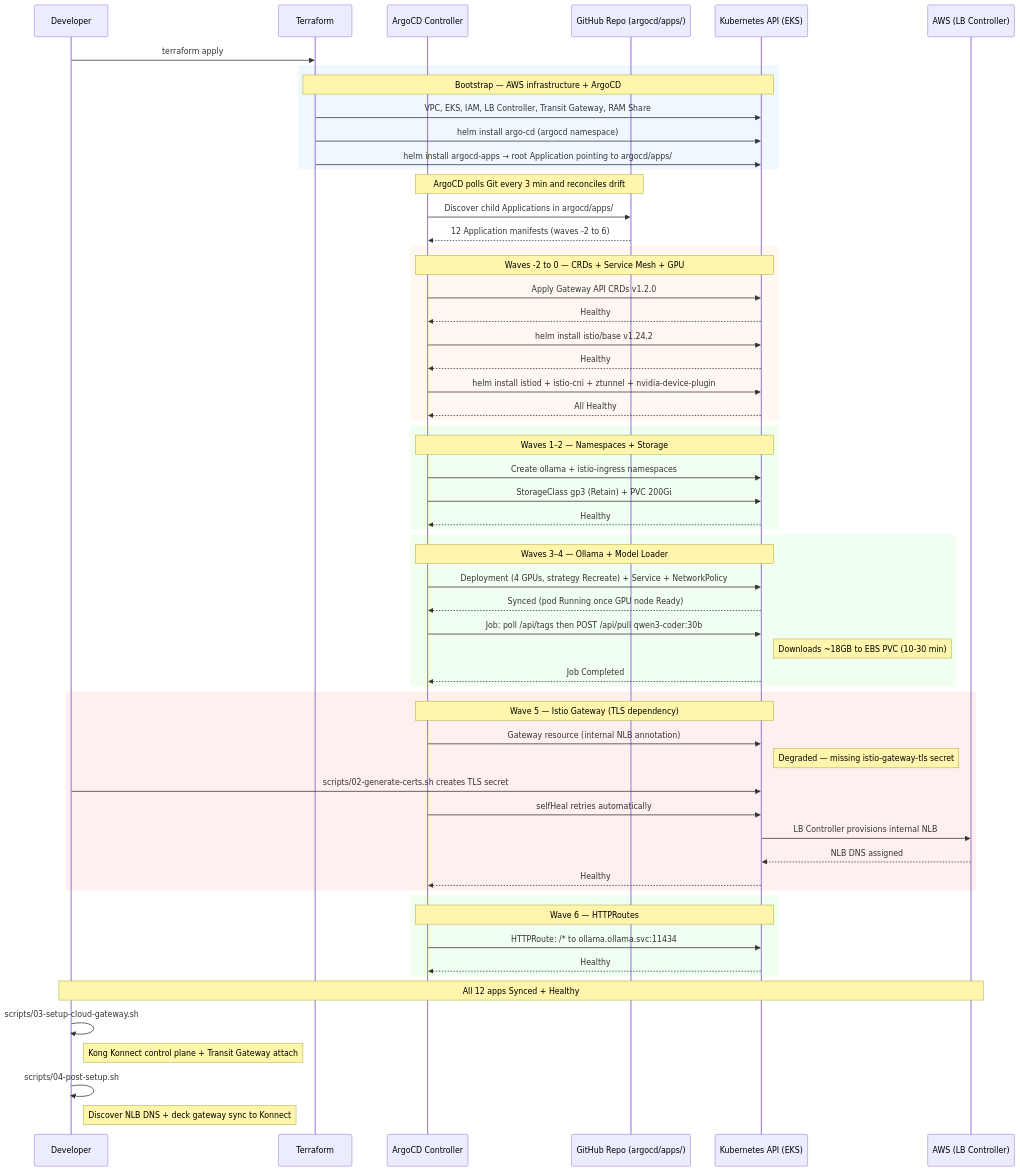
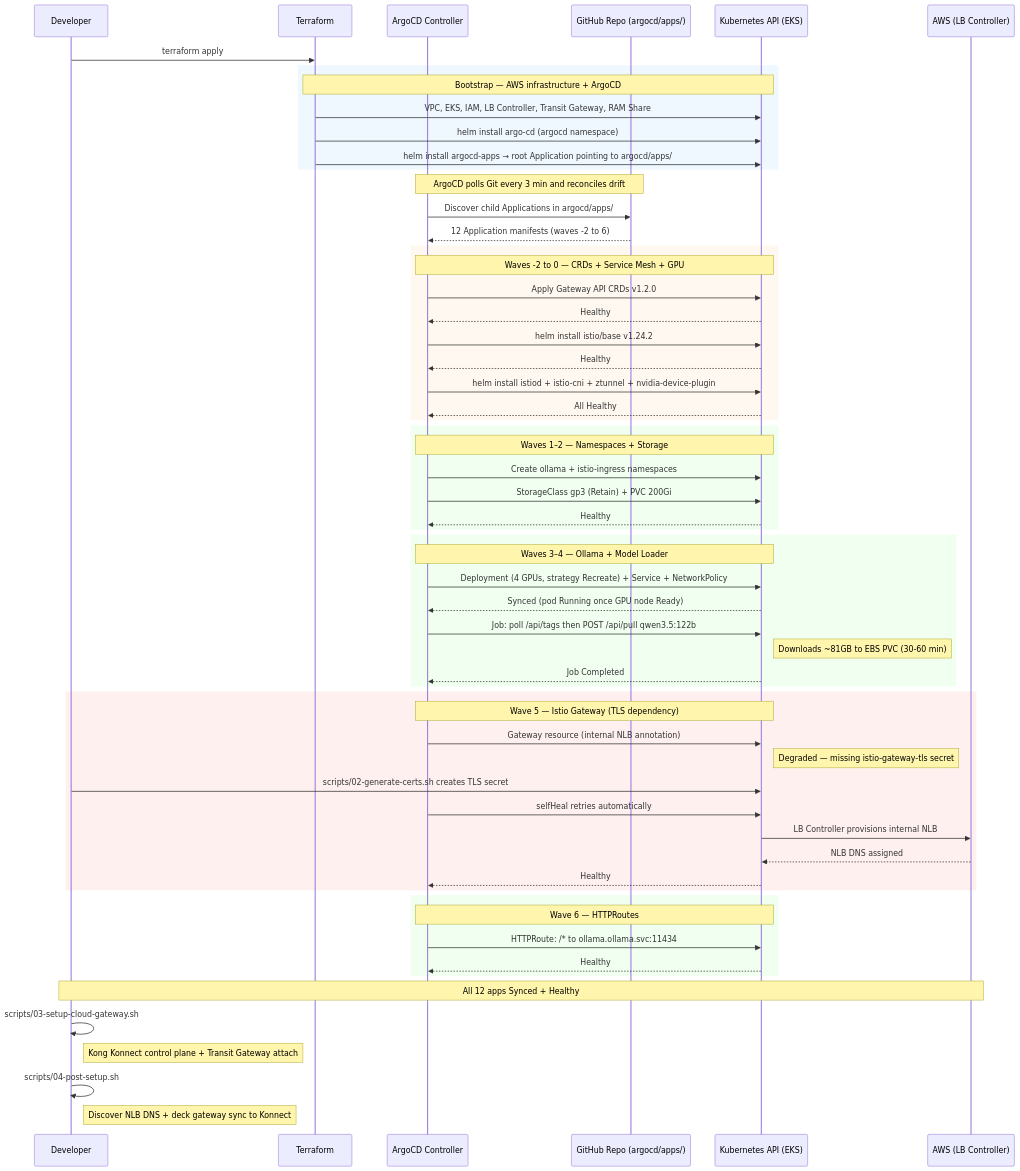
One commit to shanaka-versent/Ollama-on-EKS changed the fourth of 4 diagrams in README.md. Above: the diagram before and after it, drawn with Mermaid. The commit also changed other lines of this file and 14 other files, not shown here.

First line of the commit message:
feat: upgrade model from qwen3-coder:30b to qwen3.5:122b

````diff
--- a/README.md
+++ b/README.md
@@ -552,71 +552,71 @@
 ```mermaid
 sequenceDiagram
     participant Dev as Developer
     participant TF as Terraform
     participant ARGO as ArgoCD Controller
     participant GIT as GitHub Repo (argocd/apps/)
     participant K8S as Kubernetes API (EKS)
     participant AWS as AWS (LB Controller)
 
     Dev->>TF: terraform apply
 
     rect rgb(240, 248, 255)
         Note over TF,K8S: Bootstrap — AWS infrastructure + ArgoCD
         TF->>K8S: VPC, EKS, IAM, LB Controller, Transit Gateway, RAM Share
         TF->>K8S: helm install argo-cd (argocd namespace)
         TF->>K8S: helm install argocd-apps → root Application pointing to argocd/apps/
     end
 
     Note over ARGO,GIT: ArgoCD polls Git every 3 min and reconciles drift
     ARGO->>GIT: Discover child Applications in argocd/apps/
     GIT-->>ARGO: 12 Application manifests (waves -2 to 6)
 
     rect rgb(255, 248, 240)
         Note over ARGO,K8S: Waves -2 to 0 — CRDs + Service Mesh + GPU
         ARGO->>K8S: Apply Gateway API CRDs v1.2.0
         K8S-->>ARGO: Healthy
         ARGO->>K8S: helm install istio/base v1.24.2
         K8S-->>ARGO: Healthy
         ARGO->>K8S: helm install istiod + istio-cni + ztunnel + nvidia-device-plugin
         K8S-->>ARGO: All Healthy
     end
 
     rect rgb(240, 255, 240)
         Note over ARGO,K8S: Waves 1–2 — Namespaces + Storage
         ARGO->>K8S: Create ollama + istio-ingress namespaces
         ARGO->>K8S: StorageClass gp3 (Retain) + PVC 200Gi
         K8S-->>ARGO: Healthy
     end
 
     rect rgb(240, 255, 240)
         Note over ARGO,K8S: Waves 3–4 — Ollama + Model Loader
         ARGO->>K8S: Deployment (4 GPUs, strategy Recreate) + Service + NetworkPolicy
         K8S-->>ARGO: Synced (pod Running once GPU node Ready)
-        ARGO->>K8S: Job: poll /api/tags then POST /api/pull qwen3-coder:30b
-        Note right of K8S: Downloads ~18GB to EBS PVC (10-30 min)
+        ARGO->>K8S: Job: poll /api/tags then POST /api/pull qwen3.5:122b
+        Note right of K8S: Downloads ~81GB to EBS PVC (30-60 min)
         K8S-->>ARGO: Job Completed
     end
 
     rect rgb(255, 240, 240)
         Note over ARGO,K8S: Wave 5 — Istio Gateway (TLS dependency)
         ARGO->>K8S: Gateway resource (internal NLB annotation)
         Note right of K8S: Degraded — missing istio-gateway-tls secret
         Dev->>K8S: scripts/02-generate-certs.sh creates TLS secret
         ARGO->>K8S: selfHeal retries automatically
         K8S->>AWS: LB Controller provisions internal NLB
         AWS-->>K8S: NLB DNS assigned
         K8S-->>ARGO: Healthy
     end
 
     rect rgb(240, 255, 240)
         Note over ARGO,K8S: Wave 6 — HTTPRoutes
         ARGO->>K8S: HTTPRoute: /* to ollama.ollama.svc:11434
         K8S-->>ARGO: Healthy
     end
 
     Note over Dev,AWS: All 12 apps Synced + Healthy
     Dev->>Dev: scripts/03-setup-cloud-gateway.sh
     Note right of Dev: Kong Konnect control plane + Transit Gateway attach
     Dev->>Dev: scripts/04-post-setup.sh
     Note right of Dev: Discover NLB DNS + deck gateway sync to Konnect
 ```
````
